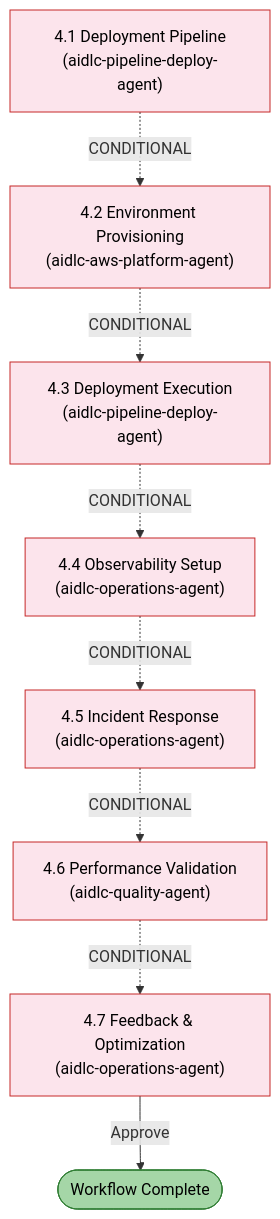
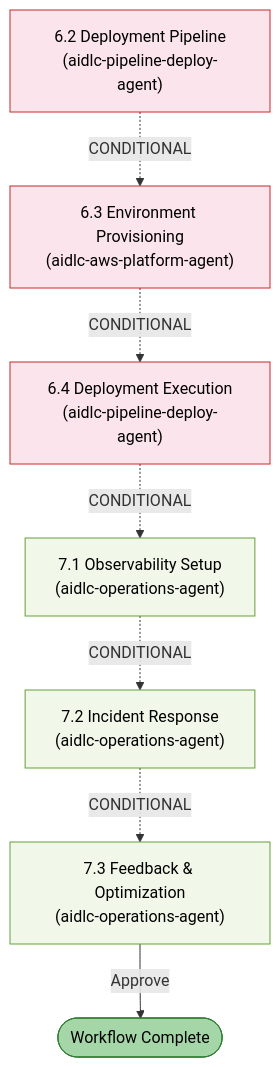
One commit to devsoftx/aidlc-workflows changed the fifth of 12 diagrams in docs/reference/diagrams.md. Above: the diagram before and after it, drawn with Mermaid. The commit also changed other lines of this file and 34 other files, not shown here.

````diff
--- a/docs/reference/diagrams.md
+++ b/docs/reference/diagrams.md
@@ -222,28 +242,25 @@
 ```mermaid
 flowchart TD
-    S41["4.1 Deployment Pipeline\n(aidlc-pipeline-deploy-agent)"]
-    S42["4.2 Environment Provisioning\n(aidlc-aws-platform-agent)"]
-    S43["4.3 Deployment Execution\n(aidlc-pipeline-deploy-agent)"]
-    S44["4.4 Observability Setup\n(aidlc-operations-agent)"]
-    S45["4.5 Incident Response\n(aidlc-operations-agent)"]
-    S46["4.6 Performance Validation\n(aidlc-quality-agent)"]
-    S47["4.7 Feedback & Optimization\n(aidlc-operations-agent)"]
+    S62["6.2 Deployment Pipeline\n(aidlc-pipeline-deploy-agent)"]
+    S63["6.3 Environment Provisioning\n(aidlc-aws-platform-agent)"]
+    S64["6.4 Deployment Execution\n(aidlc-pipeline-deploy-agent)"]
+    S71["7.1 Observability Setup\n(aidlc-operations-agent)"]
+    S72["7.2 Incident Response\n(aidlc-operations-agent)"]
+    S73["7.3 Feedback & Optimization\n(aidlc-operations-agent)"]
 
-    S41 -.->|CONDITIONAL| S42
-    S42 -.->|CONDITIONAL| S43
-    S43 -.->|CONDITIONAL| S44
-    S44 -.->|CONDITIONAL| S45
-    S45 -.->|CONDITIONAL| S46
-    S46 -.->|CONDITIONAL| S47
+    S62 -.->|CONDITIONAL| S63
+    S63 -.->|CONDITIONAL| S64
+    S64 -.->|CONDITIONAL| S71
+    S71 -.->|CONDITIONAL| S72
+    S72 -.->|CONDITIONAL| S73
 
-    S47 -->|"Approve"| DONE(["Workflow Complete"])
+    S73 -->|"Approve"| DONE(["Workflow Complete"])
 
-    style S41 fill:#fce4ec,stroke:#c62828,color:#000
-    style S42 fill:#fce4ec,stroke:#c62828,color:#000
-    style S43 fill:#fce4ec,stroke:#c62828,color:#000
-    style S44 fill:#fce4ec,stroke:#c62828,color:#000
-    style S45 fill:#fce4ec,stroke:#c62828,color:#000
-    style S46 fill:#fce4ec,stroke:#c62828,color:#000
-    style S47 fill:#fce4ec,stroke:#c62828,color:#000
+    style S62 fill:#fce4ec,stroke:#c62828,color:#000
+    style S63 fill:#fce4ec,stroke:#c62828,color:#000
+    style S64 fill:#fce4ec,stroke:#c62828,color:#000
+    style S71 fill:#f1f8e9,stroke:#689f38,color:#000
+    style S72 fill:#f1f8e9,stroke:#689f38,color:#000
+    style S73 fill:#f1f8e9,stroke:#689f38,color:#000
     style DONE fill:#a5d6a7,stroke:#2e7d32,color:#000
 ```
````
